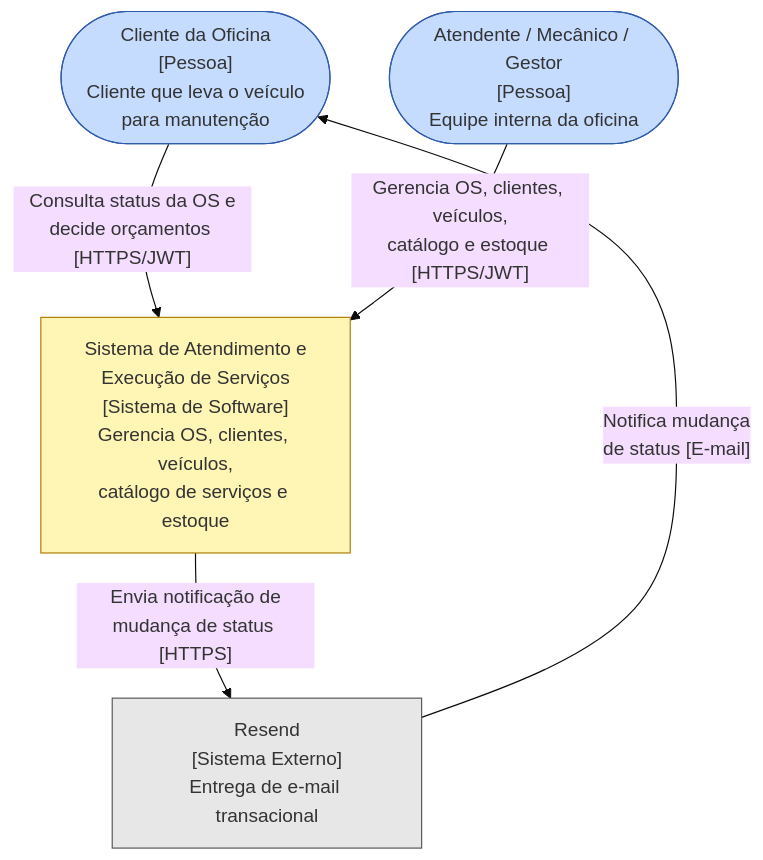
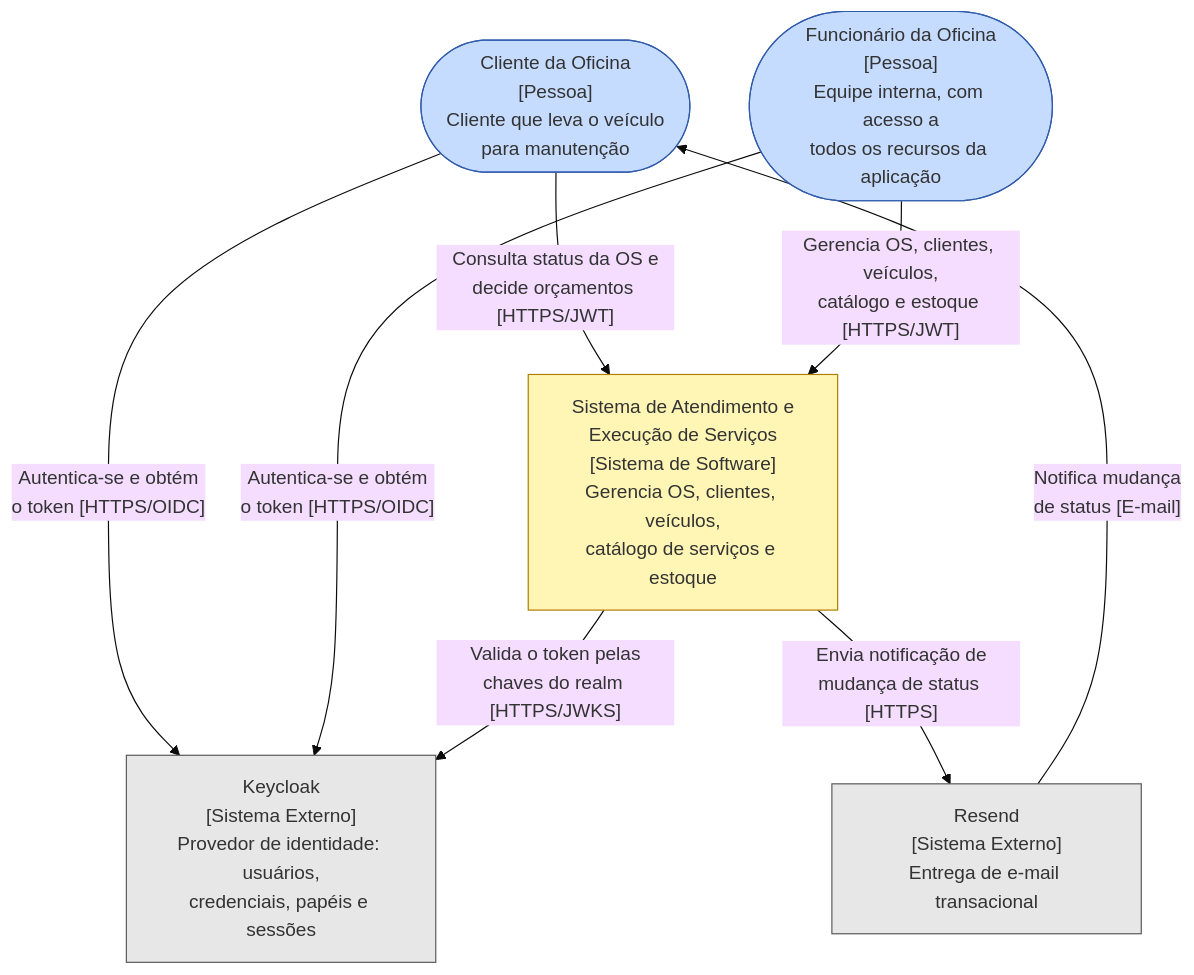
Before and after one commit to gabsevamac/JACAFI-FIAP_Tech-Challenge_01: the first of 3 diagrams in docs/c4-model.md, drawn with Mermaid (base theme). The commit also changed other lines of this file, not shown here.

````diff
--- a/docs/c4-model.md
+++ b/docs/c4-model.md
@@ -13,16 +15,20 @@
 ```mermaid
 flowchart TD
     classDef person fill:#c6dcff,stroke:#305bab
     classDef system fill:#fff6b6,stroke:#af7e02
     classDef ext fill:#e7e7e7,stroke:#595959
 
     cliente(["Cliente da Oficina<br/>[Pessoa]<br/>Cliente que leva o veículo<br/>para manutenção"]):::person
-    funcionario(["Atendente / Mecânico / Gestor<br/>[Pessoa]<br/>Equipe interna da oficina"]):::person
+    funcionario(["Funcionário da Oficina<br/>[Pessoa]<br/>Equipe interna, com acesso a<br/>todos os recursos da aplicação"]):::person
     sistema["Sistema de Atendimento e<br/>Execução de Serviços<br/>[Sistema de Software]<br/>Gerencia OS, clientes, veículos,<br/>catálogo de serviços e estoque"]:::system
+    idp["Keycloak<br/>[Sistema Externo]<br/>Provedor de identidade: usuários,<br/>credenciais, papéis e sessões"]:::ext
     email["Resend<br/>[Sistema Externo]<br/>Entrega de e-mail transacional"]:::ext
 
+    cliente -->|"Autentica-se e obtém<br/>o token [HTTPS/OIDC]"| idp
+    funcionario -->|"Autentica-se e obtém<br/>o token [HTTPS/OIDC]"| idp
     cliente -->|"Consulta status da OS e<br/>decide orçamentos [HTTPS/JWT]"| sistema
     funcionario -->|"Gerencia OS, clientes, veículos,<br/>catálogo e estoque [HTTPS/JWT]"| sistema
+    sistema -->|"Valida o token pelas<br/>chaves do realm [HTTPS/JWKS]"| idp
     sistema -->|"Envia notificação de<br/>mudança de status [HTTPS]"| email
     email -->|"Notifica mudança<br/>de status [E-mail]"| cliente
 ```
````
